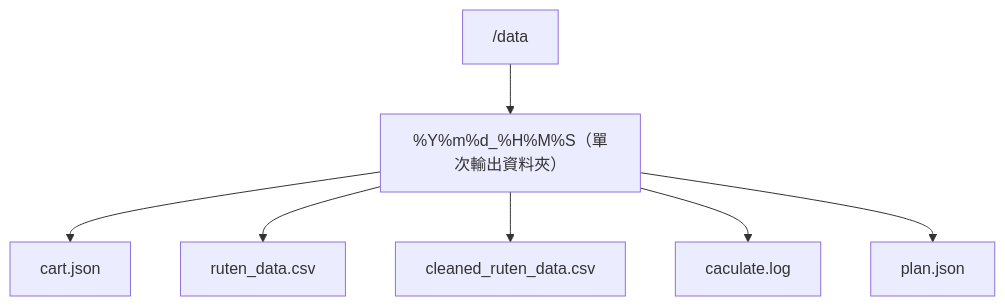
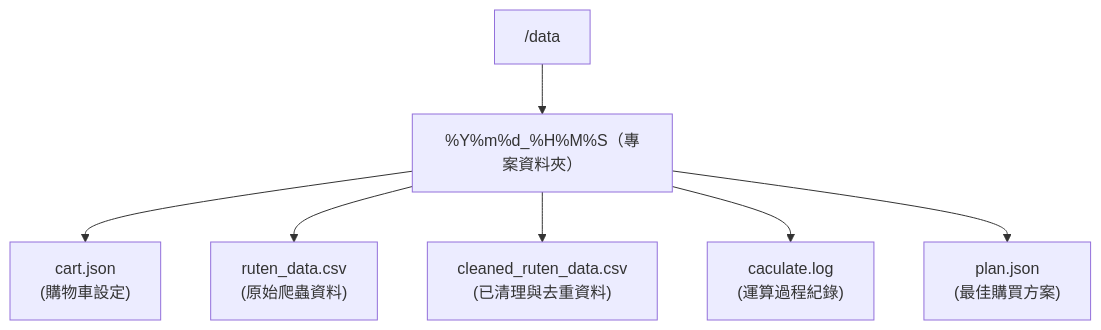
Before and after one commit to YuCMochi/YGOscraper: the second of 2 diagrams in README.md, drawn with Mermaid. The commit also changed other lines of this file, not shown here.

Commit message:
add diagram detail

````diff
--- a/README.md
+++ b/README.md
@@ -59,7 +88,11 @@
 ```mermaid
 flowchart TB
-    Root["/data"] --> Src@{ label: "<span style=\"caret-color:\">%Y%m%d_%H%M%S（單次輸出資料夾）</span>" }
-    Src --> Components["cart.json"] & Utils["ruten_data.csv"] & n1["cleaned_ruten_data.csv"] & n2["caculate.log"] & n3["plan.json<br>"]
+    Root["/data"] --> Src@{ label: "<span style=\"caret-color:\">%Y%m%d_%H%M%S（專案資料夾）</span>" }
+    Src --> Config["cart.json<br>(購物車設定)"]
+    Src --> RawData["ruten_data.csv<br>(原始爬蟲資料)"]
+    Src --> CleanData["cleaned_ruten_data.csv<br>(已清理與去重資料)"]
+    Src --> Log["caculate.log<br>(運算過程紀錄)"]
+    Src --> Result["plan.json<br>(最佳購買方案)"]
 
     Src@{ shape: rect}
 ```
````
